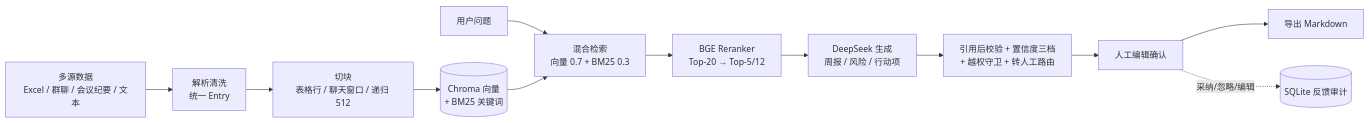
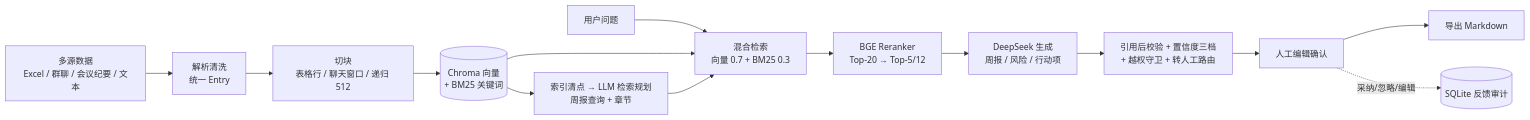
Before and after one commit to XYG522/-filmops-copilot: the diagram in README.md, drawn with Mermaid. The commit also changed other lines of this file and 7 other files, not shown here.

````diff
--- a/README.md
+++ b/README.md
@@ -41,14 +42,16 @@
 ```mermaid
 flowchart LR
     A[多源数据<br/>Excel / 群聊 / 会议纪要 / 文本] --> B[解析清洗<br/>统一 Entry]
     B --> C[切块<br/>表格行 / 聊天窗口 / 递归 512]
     C --> D[(Chroma 向量<br/>+ BM25 关键词)]
     Q[用户问题] --> R[混合检索<br/>向量 0.7 + BM25 0.3]
     D --> R
+    D --> P[索引清点 → LLM 检索规划<br/>周报查询 + 章节]
+    P --> R
     R --> E[BGE Reranker<br/>Top-20 → Top-5/12]
     E --> G[DeepSeek 生成<br/>周报 / 风险 / 行动项]
     G --> V[引用后校验 + 置信度三档<br/>+ 越权守卫 + 转人工路由]
     V --> H[人工编辑确认]
     H --> O[导出 Markdown]
     H -.采纳/忽略/编辑.-> F[(SQLite 反馈审计)]
 ```
````
